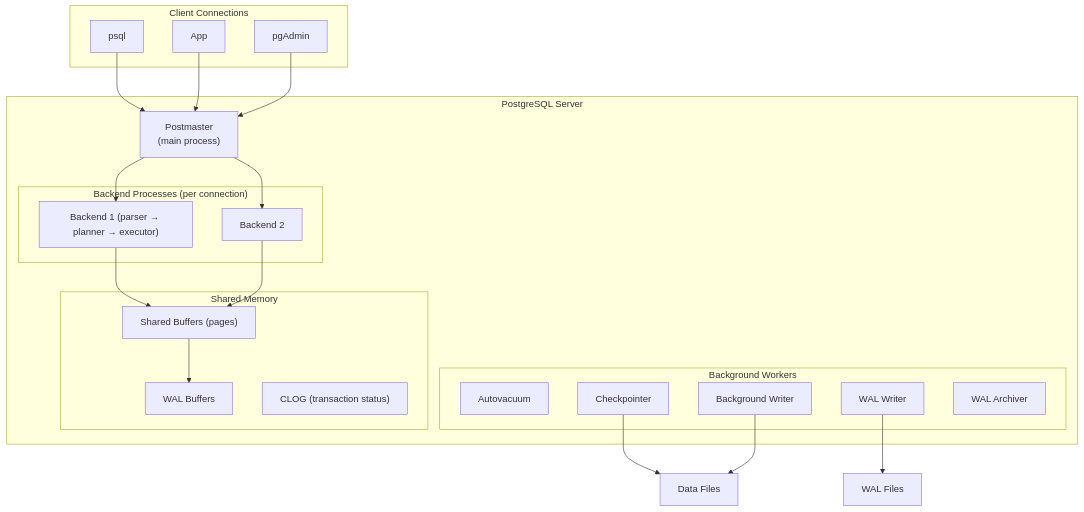
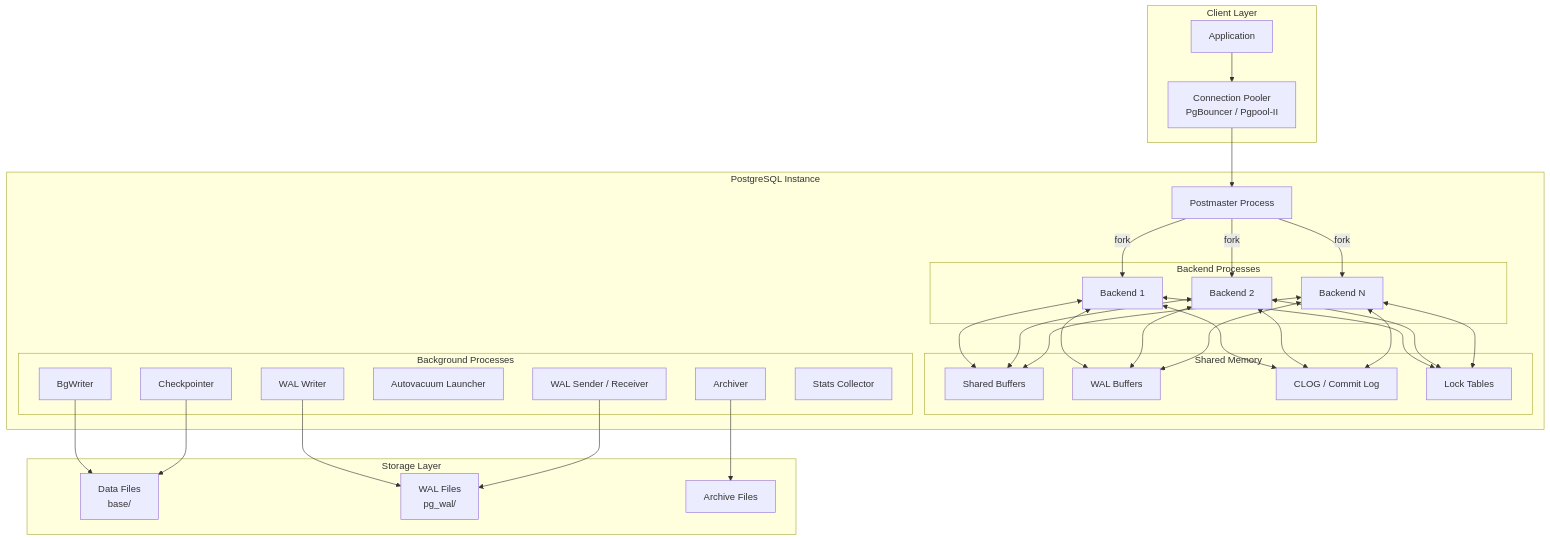
The diagram in PrincipleDataArchitect/02_Database_Systems/06_RDBMS_Deep_Internals/01_PostgreSQL_Internals/01_Concept_Overview.md (sivanagaraju/sparkantrigravity), drawn with Mermaid before and after one commit. The commit also changed other lines of this file and 31 other files, not shown here.

Commit message:
feat: Add comprehensive documentation covering the deep internals of MySQL InnoDB, PostgreSQL, Oracle, and SQL Server.

````diff
--- a/PrincipleDataArchitect/02_Database_Systems/06_RDBMS_Deep_Internals/01_PostgreSQL_Internals/01_Concept_Overview.md
+++ b/PrincipleDataArchitect/02_Database_Systems/06_RDBMS_Deep_Internals/01_PostgreSQL_Internals/01_Concept_Overview.md
@@ -7,34 +27,46 @@
 ```mermaid
-flowchart TB
-    subgraph "Client Connections"
-        C1["psql"] & C2["App"] & C3["pgAdmin"]
+graph TB
+    subgraph "Client Layer"
+        APP[Application]
+        LB[Connection Pooler<br/>PgBouncer / Pgpool-II]
     end
-    
-    subgraph "PostgreSQL Server"
-        PM["Postmaster<br/>(main process)"]
-        subgraph "Backend Processes (per connection)"
-            B1["Backend 1 (parser → planner → executor)"]
-            B2["Backend 2"]
-        end
-        subgraph "Background Workers"
-            AV["Autovacuum"]
-            CK["Checkpointer"]
-            WW["WAL Writer"]
-            BW["Background Writer"]
-            AR["WAL Archiver"]
+
+    subgraph "PostgreSQL Instance"
+        PM[Postmaster Process]
+        subgraph "Backend Processes"
+            BE1[Backend 1]
+            BE2[Backend 2]
+            BEN[Backend N]
         end
         subgraph "Shared Memory"
-            SB["Shared Buffers (pages)"]
-            WB["WAL Buffers"]
-            CT["CLOG (transaction status)"]
+            SB[Shared Buffers]
+            WB[WAL Buffers]
+            CL[CLOG / Commit Log]
+            LT[Lock Tables]
+        end
+        subgraph "Background Processes"
+            BGW[BgWriter]
+            CP[Checkpointer]
+            WAL[WAL Writer]
+            AV[Autovacuum Launcher]
+            ARC[Archiver]
+            SR[WAL Sender / Receiver]
+            STATS[Stats Collector]
         end
     end
-    
-    C1 & C2 & C3 --> PM
-    PM --> B1 & B2
-    B1 & B2 --> SB
-    SB --> WB
-    WW --> WAL["WAL Files"]
-    CK --> DATA["Data Files"]
-    BW --> DATA
+
+    subgraph "Storage Layer"
+        DF[Data Files<br/>base/]
+        WF[WAL Files<br/>pg_wal/]
+        AF[Archive Files]
+    end
+
+    APP --> LB --> PM
+    PM -->|fork| BE1 & BE2 & BEN
+    BE1 & BE2 & BEN <--> SB & WB & CL & LT
+    BGW --> DF
+    CP --> DF
+    WAL --> WF
+    ARC --> AF
+    SR --> WF
 ```
````
